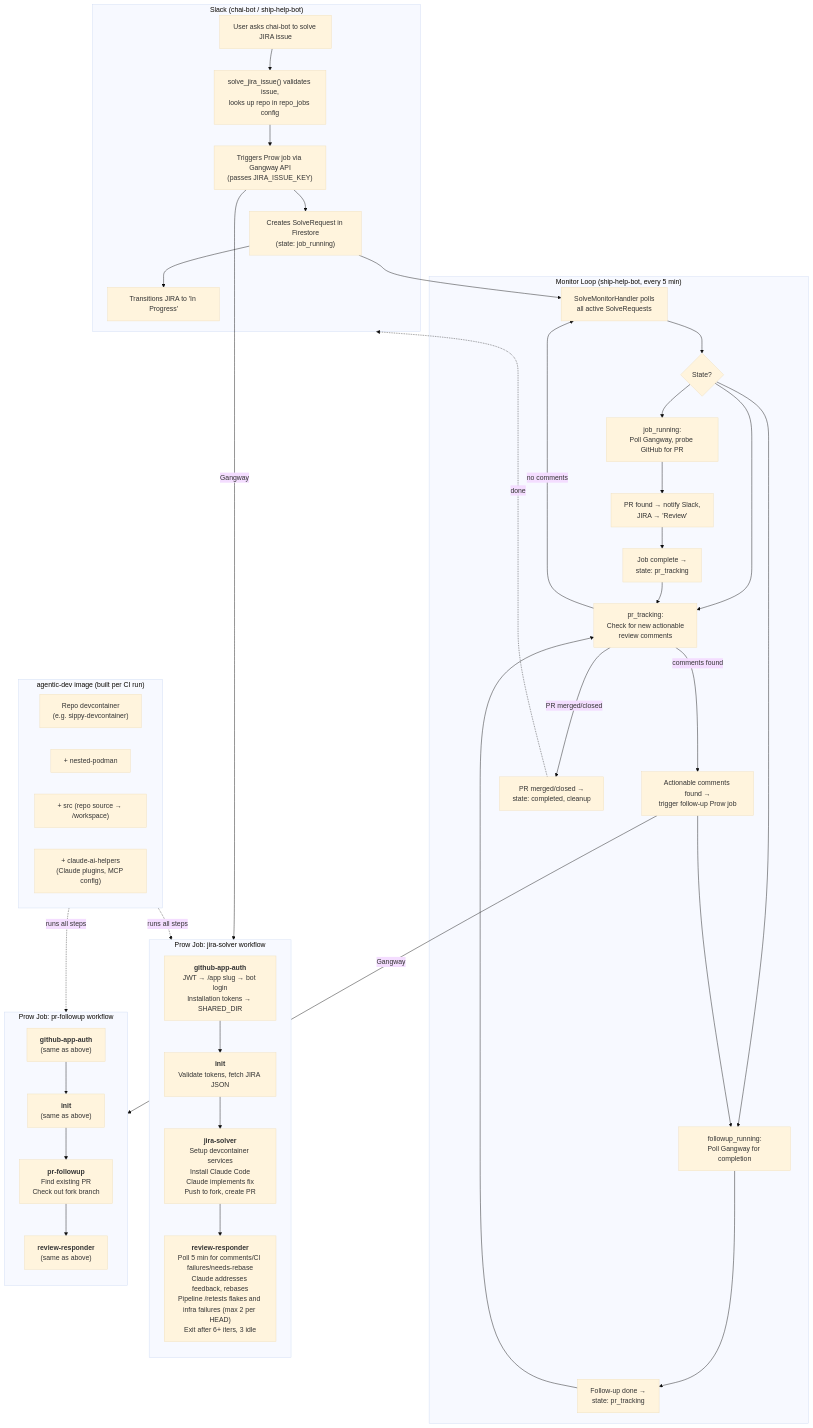
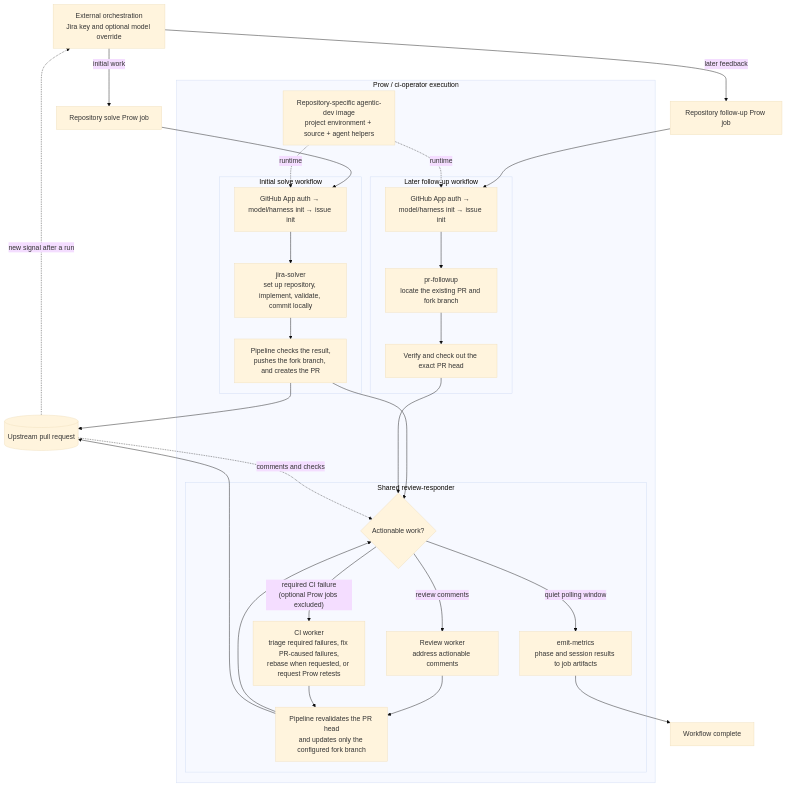
Before and after one commit to openshift/release: the diagram in ci-operator/step-registry/openshift/agentic/trt/ARCHITECTURE.md, drawn with Mermaid (base theme). The commit also changed other lines of this file, not shown here.

Commit message:
NO-JIRA: refresh TRT agentic solve architecture

````diff
--- a/ci-operator/step-registry/openshift/agentic/trt/ARCHITECTURE.md
+++ b/ci-operator/step-registry/openshift/agentic/trt/ARCHITECTURE.md
@@ -7,69 +15,50 @@
 ```mermaid
 flowchart TD
-    subgraph slack["Slack (chai-bot / ship-help-bot)"]
-        A[User asks chai-bot to solve JIRA issue]
-        B["solve_jira_issue() validates issue,<br/>looks up repo in repo_jobs config"]
-        C["Triggers Prow job via Gangway API<br/>(passes JIRA_ISSUE_KEY)"]
-        D["Creates SolveRequest in Firestore<br/>(state: job_running)"]
-        E["Transitions JIRA to 'In Progress'"]
+    O["External orchestration<br/>Jira key and optional model override"]
+    SJ["Repository solve Prow job"]
+    FJ["Repository follow-up Prow job"]
+
+    subgraph Prow["Prow / ci-operator execution"]
+        IMG["Repository-specific agentic-dev image<br/>project environment + source + agent helpers"]
+
+        subgraph Initial["Initial solve workflow"]
+            I["GitHub App auth → model/harness init → issue init"]
+            S["jira-solver<br/>set up repository, implement, validate, commit locally"]
+            C["Pipeline checks the result,<br/>pushes the fork branch, and creates the PR"]
+            I --> S --> C
+        end
+
+        subgraph Later["Later follow-up workflow"]
+            F["GitHub App auth → model/harness init → issue init"]
+            L["pr-followup<br/>locate the existing PR and fork branch"]
+            H["Verify and check out the exact PR head"]
+            F --> L --> H
+        end
+
+        subgraph Response["Shared review-responder"]
+            G{"Actionable work?"}
+            RC["Review worker<br/>address actionable comments"]
+            CI["CI worker<br/>triage required failures, fix PR-caused failures,<br/>rebase when requested, or request Prow retests"]
+            P["Pipeline revalidates the PR head<br/>and updates only the configured fork branch"]
+            M["emit-metrics<br/>phase and session results to job artifacts"]
+            G -->|"review comments"| RC --> P --> G
+            G -->|"required CI failure<br/>(optional Prow jobs excluded)"| CI --> P
+            G -->|"quiet polling window"| M
+        end
     end
 
-    subgraph monitor["Monitor Loop (ship-help-bot, every 5 min)"]
-        M1["SolveMonitorHandler polls<br/>all active SolveRequests"]
-        M2{"State?"}
-        M3["job_running:<br/>Poll Gangway, probe GitHub for PR"]
-        M4["PR found → notify Slack,<br/>JIRA → 'Review'"]
-        M5["Job complete →<br/>state: pr_tracking"]
-        M6["pr_tracking:<br/>Check for new actionable<br/>review comments"]
-        M7["Actionable comments found →<br/>trigger follow-up Prow job"]
-        M8["followup_running:<br/>Poll Gangway for completion"]
-        M9["Follow-up done →<br/>state: pr_tracking"]
-        M10["PR merged/closed →<br/>state: completed, cleanup"]
-    end
+    PR[("Upstream pull request")]
+    D["Workflow complete"]
 
-    subgraph solve_job["Prow Job: jira-solver workflow"]
-        direction TB
-        S1["<b>github-app-auth</b><br/>JWT → /app slug → bot login<br/>Installation tokens → SHARED_DIR"]
-        S2["<b>init</b><br/>Validate tokens, fetch JIRA JSON"]
-        S3["<b>jira-solver</b><br/>Setup devcontainer services<br/>Install Claude Code<br/>Claude implements fix<br/>Push to fork, create PR"]
-        S4["<b>review-responder</b><br/>Poll 5 min for comments/CI failures/needs-rebase<br/>Claude addresses feedback, rebases<br/>Pipeline /retests flakes and infra failures (max 2 per HEAD)<br/>Exit after 6+ iters, 3 idle"]
-        S1 --> S2 --> S3 --> S4
-    end
-
-    subgraph followup_job["Prow Job: pr-followup workflow"]
-        direction TB
-        F1["<b>github-app-auth</b><br/>(same as above)"]
-        F2["<b>init</b><br/>(same as above)"]
-        F3["<b>pr-followup</b><br/>Find existing PR<br/>Check out fork branch"]
-        F4["<b>review-responder</b><br/>(same as above)"]
-        F1 --> F2 --> F3 --> F4
-    end
-
-    subgraph image["agentic-dev image (built per CI run)"]
-        I1["Repo devcontainer<br/>(e.g. sippy-devcontainer)"]
-        I2["+ nested-podman"]
-        I3["+ src (repo source → /workspace)"]
-        I4["+ claude-ai-helpers<br/>(Claude plugins, MCP config)"]
-    end
-
-    A --> B --> C --> D --> E
-    C -->|"Gangway"| solve_job
-    D --> M1
-    M1 --> M2
-    M2 --> M3
-    M2 --> M6
-    M2 --> M8
-    M3 --> M4 --> M5
-    M5 --> M6
-    M6 -->|"no comments"| M1
-    M6 -->|"comments found"| M7
-    M6 -->|"PR merged/closed"| M10
-    M7 -->|"Gangway"| followup_job
-    M7 --> M8
-    M8 --> M9
-    M9 --> M6
-    M10 -.->|"done"| slack
-
-    image -.->|"runs all steps"| solve_job
-    image -.->|"runs all steps"| followup_job
+    O -->|"initial work"| SJ --> I
+    O -->|"later feedback"| FJ --> F
+    IMG -.->|"runtime"| I
+    IMG -.->|"runtime"| F
+    C --> PR
+    C --> G
+    H --> G
+    P --> PR
+    PR -.->|"comments and checks"| G
+    PR -.->|"new signal after a run"| O
+    M --> D
 ```
````
